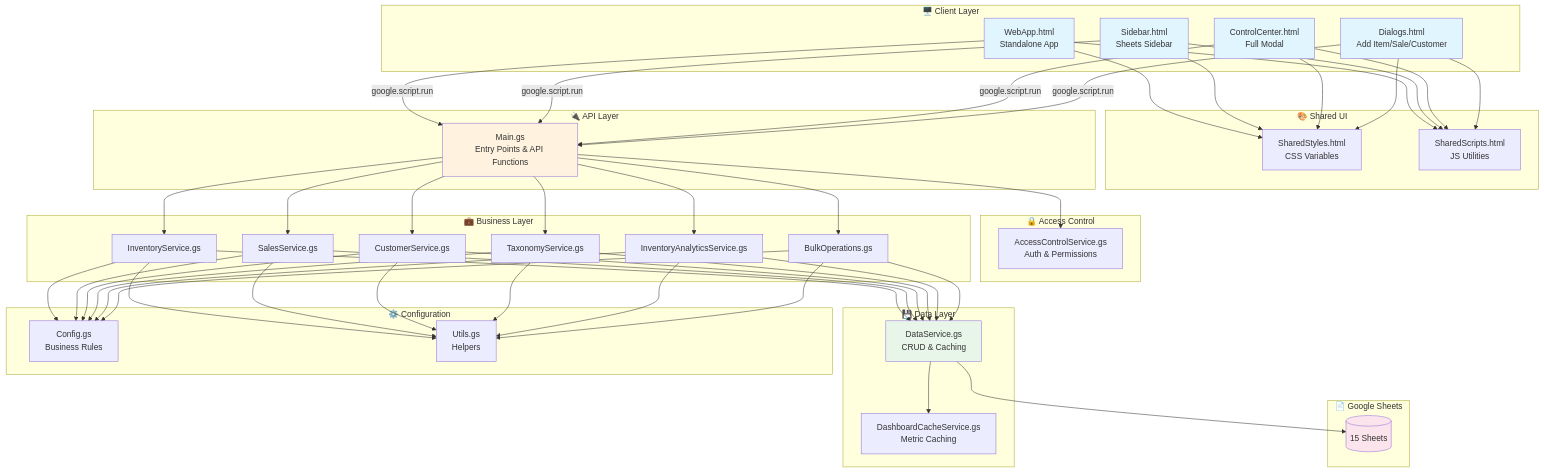
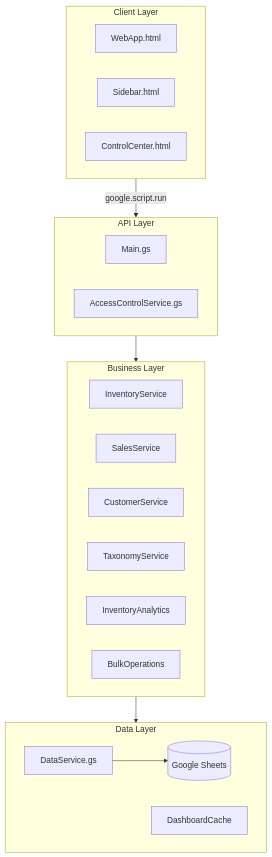
Before and after one commit to calebsandler/test-appscript: the first of 3 diagrams in README.md, drawn with Mermaid. The commit also changed other lines of this file, not shown here.

First line of the commit message:
docs: condense README and fix Mermaid rendering issues

````diff
--- a/README.md
+++ b/README.md
@@ -63,62 +32,33 @@
 ```mermaid
 graph TB
-    subgraph "🖥️ Client Layer"
-        WA[WebApp.html<br/>Standalone App]
-        SB[Sidebar.html<br/>Sheets Sidebar]
-        CC[ControlCenter.html<br/>Full Modal]
-        DL[Dialogs.html<br/>Add Item/Sale/Customer]
+    subgraph Client["Client Layer"]
+        WA[WebApp.html]
+        SB[Sidebar.html]
+        CC[ControlCenter.html]
     end
 
-    subgraph "🎨 Shared UI"
-        SS[SharedStyles.html<br/>CSS Variables]
-        SC[SharedScripts.html<br/>JS Utilities]
+    subgraph API["API Layer"]
+        MN[Main.gs]
+        AC[AccessControlService.gs]
     end
 
-    subgraph "🔌 API Layer"
-        MN[Main.gs<br/>Entry Points & API Functions]
+    subgraph Services["Business Layer"]
+        IS[InventoryService]
+        SS[SalesService]
+        CS[CustomerService]
+        TS[TaxonomyService]
+        IA[InventoryAnalytics]
+        BO[BulkOperations]
     end
 
-    subgraph "🔒 Access Control"
-        AC[AccessControlService.gs<br/>Auth & Permissions]
+    subgraph Data["Data Layer"]
+        DS[DataService.gs]
+        DC[DashboardCache]
+        SH[(Google Sheets)]
     end
 
-    subgraph "💼 Business Layer"
-        IS[InventoryService.gs]
-        SS2[SalesService.gs]
-        CS[CustomerService.gs]
-        TS[TaxonomyService.gs]
-        IA[InventoryAnalyticsService.gs]
-        BO[BulkOperations.gs]
-    end
-
-    subgraph "💾 Data Layer"
-        DS[DataService.gs<br/>CRUD & Caching]
-        DC[DashboardCacheService.gs<br/>Metric Caching]
-    end
-
-    subgraph "⚙️ Configuration"
-        CF[Config.gs<br/>Business Rules]
-        UT[Utils.gs<br/>Helpers]
-    end
-
-    subgraph "📄 Google Sheets"
-        SH[(15 Sheets)]
-    end
-
-    WA & SB & CC & DL --> SS & SC
-    WA & SB & CC & DL -->|google.script.run| MN
-    MN --> AC
-    MN --> IS & SS2 & CS & TS & IA & BO
-    IS & SS2 & CS & TS & IA & BO --> DS
-    DS --> DC
+    Client -->|google.script.run| API
+    API --> Services
+    Services --> Data
     DS --> SH
-    IS & SS2 & CS & TS & IA & BO --> CF & UT
-
-    style WA fill:#e1f5fe
-    style SB fill:#e1f5fe
-    style CC fill:#e1f5fe
-    style DL fill:#e1f5fe
-    style MN fill:#fff3e0
-    style DS fill:#e8f5e9
-    style SH fill:#fce4ec
 ```
````
